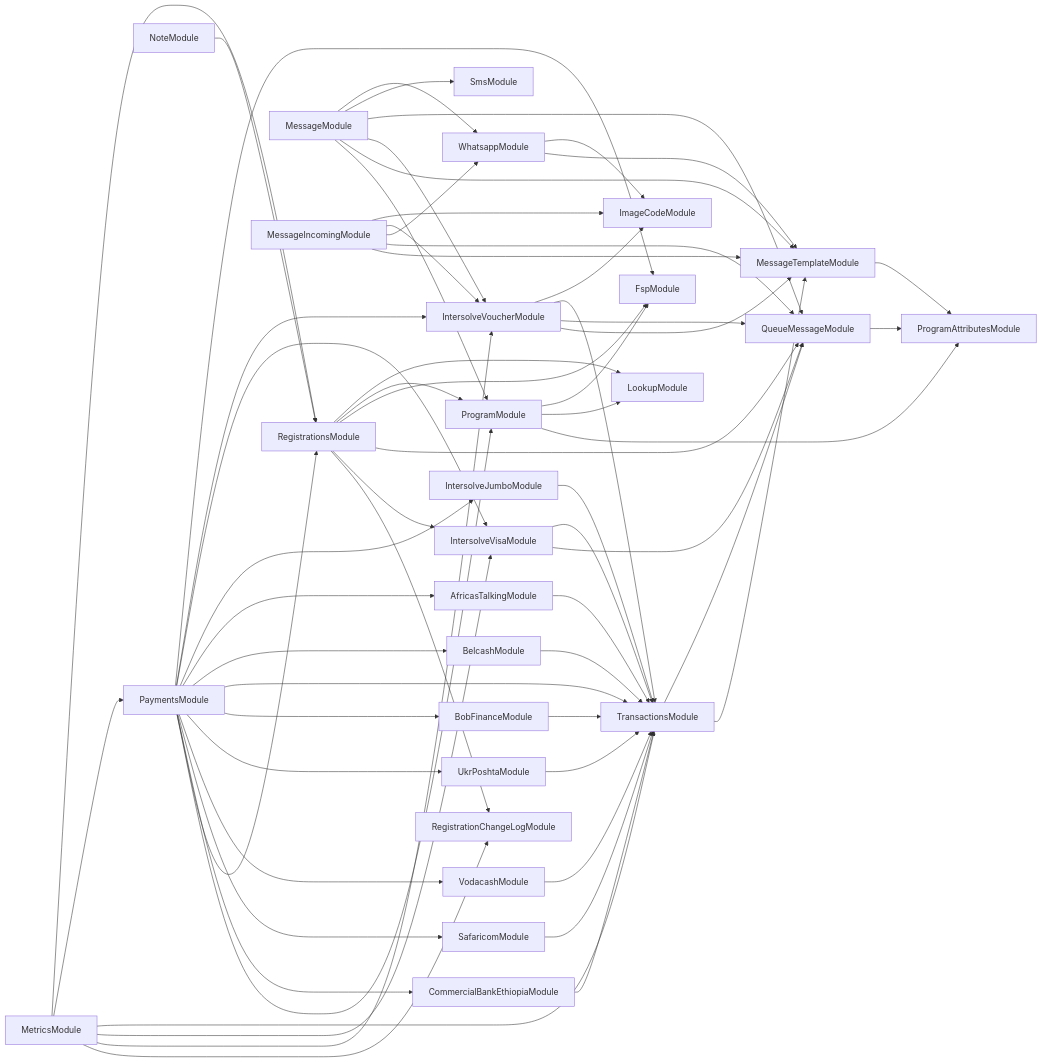
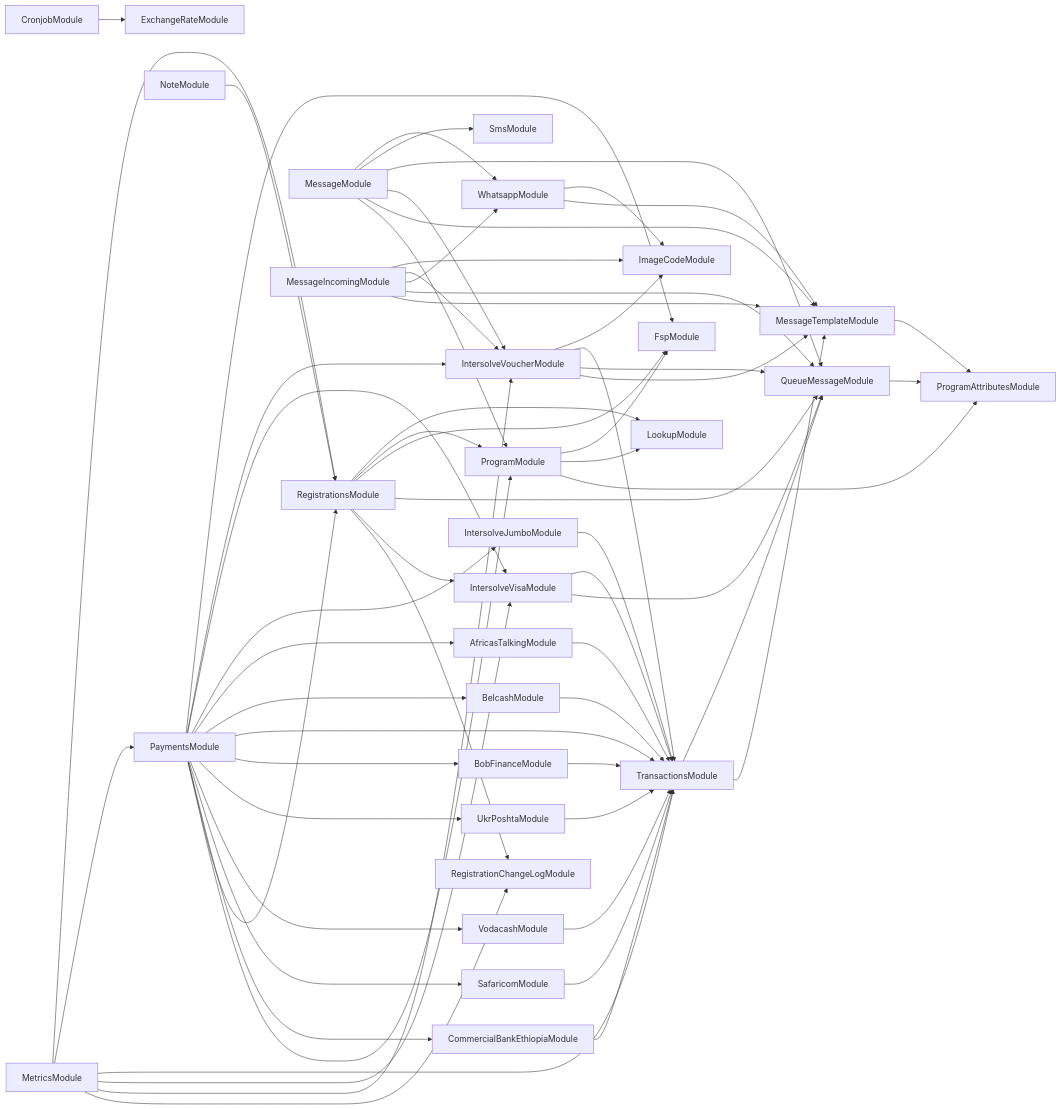
Before and after one commit to global-121/121-platform: the diagram in services/121-service/module-dependencies.md, drawn with Mermaid. The commit also changed 2 other files, not shown here.

Commit message:
WIP create cronjob AB#26107

````diff
--- a/services/121-service/module-dependencies.md
+++ b/services/121-service/module-dependencies.md
@@ -3,64 +3,65 @@
 ```mermaid
 graph LR
   ProgramModule-->FspModule
   ProgramModule-->LookupModule
   ProgramModule-->ProgramAttributesModule
   MessageTemplateModule-->ProgramAttributesModule
+  CronjobModule-->ExchangeRateModule
   RegistrationsModule-->LookupModule
   RegistrationsModule-->ProgramModule
   RegistrationsModule-->FspModule
   RegistrationsModule-->QueueMessageModule
   QueueMessageModule-->ProgramAttributesModule
   RegistrationsModule-->IntersolveVisaModule
   IntersolveVisaModule-->TransactionsModule
   TransactionsModule-->QueueMessageModule
   TransactionsModule-->MessageTemplateModule
   IntersolveVisaModule-->QueueMessageModule
   RegistrationsModule-->RegistrationChangeLogModule
   MessageModule-->WhatsappModule
   WhatsappModule-->ImageCodeModule
   WhatsappModule-->MessageTemplateModule
   MessageModule-->SmsModule
   MessageModule-->QueueMessageModule
   MessageModule-->IntersolveVoucherModule
   IntersolveVoucherModule-->ImageCodeModule
   IntersolveVoucherModule-->TransactionsModule
   IntersolveVoucherModule-->QueueMessageModule
   IntersolveVoucherModule-->MessageTemplateModule
   MessageModule-->MessageTemplateModule
   MessageModule-->ProgramModule
   MetricsModule-->RegistrationsModule
   MetricsModule-->PaymentsModule
   PaymentsModule-->FspModule
   PaymentsModule-->IntersolveVoucherModule
   PaymentsModule-->IntersolveVisaModule
   PaymentsModule-->IntersolveJumboModule
   IntersolveJumboModule-->TransactionsModule
   PaymentsModule-->AfricasTalkingModule
   AfricasTalkingModule-->TransactionsModule
   PaymentsModule-->BelcashModule
   BelcashModule-->TransactionsModule
   PaymentsModule-->TransactionsModule
   PaymentsModule-->BobFinanceModule
   BobFinanceModule-->TransactionsModule
   PaymentsModule-->UkrPoshtaModule
   UkrPoshtaModule-->TransactionsModule
   PaymentsModule-->VodacashModule
   VodacashModule-->TransactionsModule
   PaymentsModule-->SafaricomModule
   SafaricomModule-->TransactionsModule
   PaymentsModule-->CommercialBankEthiopiaModule
   CommercialBankEthiopiaModule-->TransactionsModule
   PaymentsModule-->RegistrationsModule
   PaymentsModule-->ProgramModule
   MetricsModule-->TransactionsModule
   MetricsModule-->IntersolveVisaModule
   MetricsModule-->IntersolveVoucherModule
   MetricsModule-->RegistrationChangeLogModule
   MessageIncomingModule-->ImageCodeModule
   MessageIncomingModule-->IntersolveVoucherModule
   MessageIncomingModule-->WhatsappModule
   MessageIncomingModule-->QueueMessageModule
   MessageIncomingModule-->MessageTemplateModule
   NoteModule-->RegistrationsModule
 ```
````
